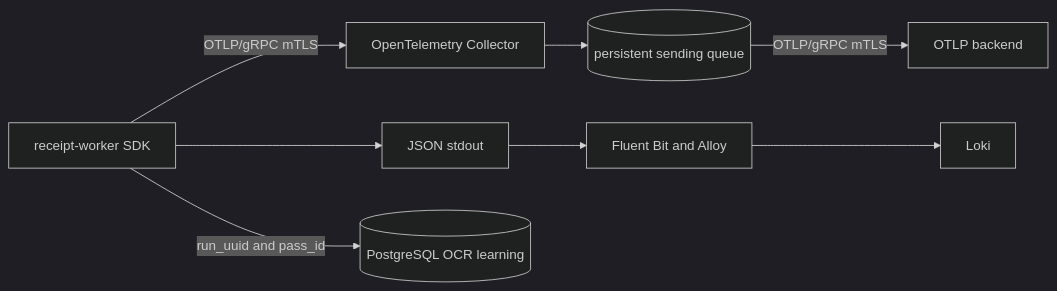
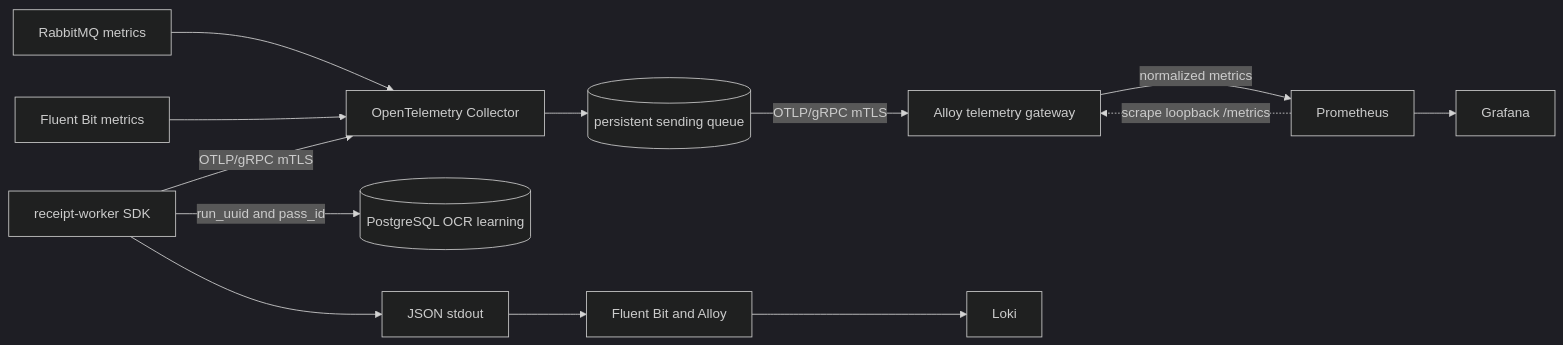
Before and after one commit to larocquemb/home-budget-pipeline: the diagram in docs/opentelemetry.md, drawn with Mermaid (dark theme). The commit also changed other lines of this file and 28 other files, not shown here.

````diff
--- a/docs/opentelemetry.md
+++ b/docs/opentelemetry.md
@@ -14,16 +14,24 @@
 ```mermaid
 flowchart LR
     worker[receipt-worker SDK]
     logs[JSON stdout]
     collector[OpenTelemetry Collector]
     wal[(persistent sending queue)]
-    backend[OTLP backend]
+    backend[Alloy telemetry gateway]
+    prometheus[Prometheus]
+    grafana[Grafana]
+    rabbit[RabbitMQ metrics]
+    fluent[Fluent Bit metrics]
     database[(PostgreSQL OCR learning)]
     logCollectors[Fluent Bit and Alloy]
     loki[Loki]
 
     worker -->|OTLP/gRPC mTLS| collector
     collector --> wal -->|OTLP/gRPC mTLS| backend
+    rabbit --> collector
+    fluent --> collector
+    backend -->|normalized metrics| prometheus --> grafana
+    prometheus -.->|scrape loopback /metrics| backend
     worker -->|run_uuid and pass_id| database
     worker --> logs --> logCollectors --> loki
 ```
````
